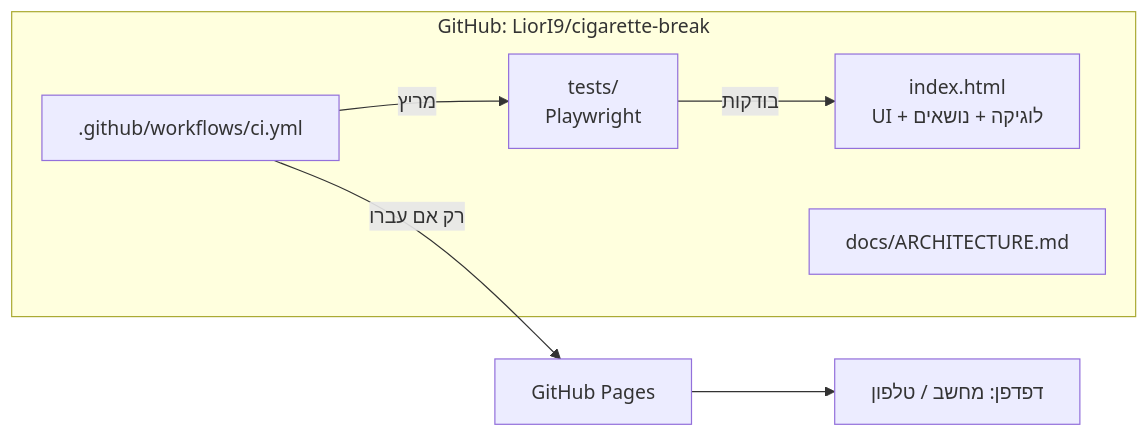
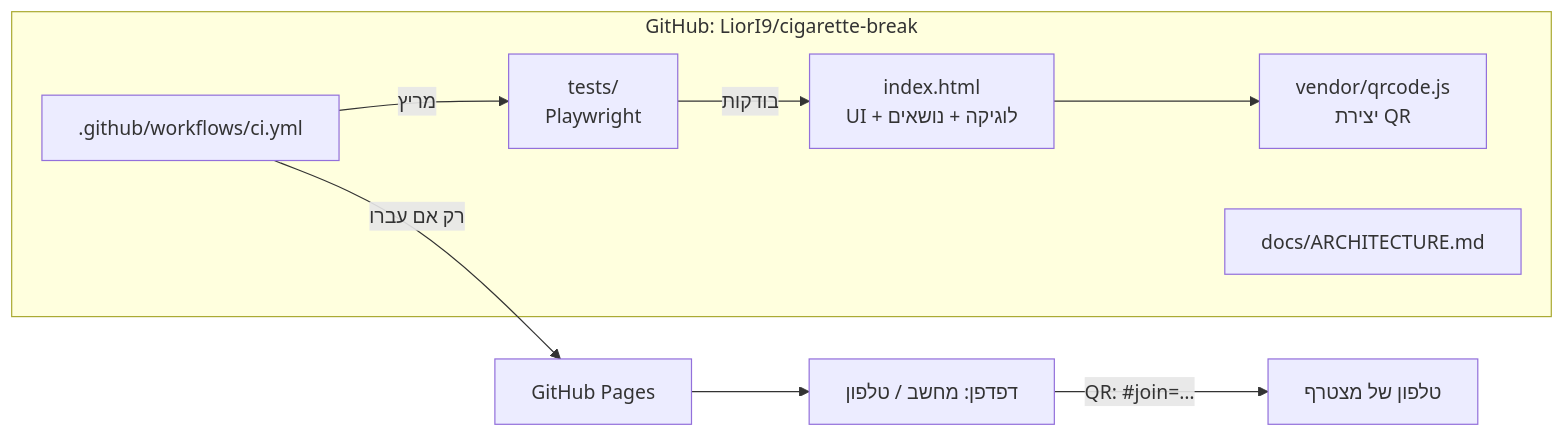
One commit to LiorI9/cigarette-break changed the first of 4 diagrams in docs/ARCHITECTURE.md. Above: the diagram before and after it, drawn with Mermaid. The commit also changed other lines of this file and 5 other files, not shown here.

````diff
--- a/docs/ARCHITECTURE.md
+++ b/docs/ARCHITECTURE.md
@@ -30,13 +30,16 @@
 ```mermaid
 flowchart LR
   subgraph repo["GitHub: LiorI9/cigarette-break"]
     html["index.html<br/>UI + לוגיקה + נושאים"]
+    qr["vendor/qrcode.js<br/>יצירת QR"]
     tests["tests/<br/>Playwright"]
     ci[".github/workflows/ci.yml"]
     docs["docs/ARCHITECTURE.md"]
   end
   ci -->|מריץ| tests
   tests -->|בודקות| html
   ci -->|רק אם עברו| pages["GitHub Pages"]
+  html --> qr
   pages --> user["דפדפן: מחשב / טלפון"]
+  user -->|"QR: #join=…"| guest["טלפון של מצטרף"]
 ```
````
